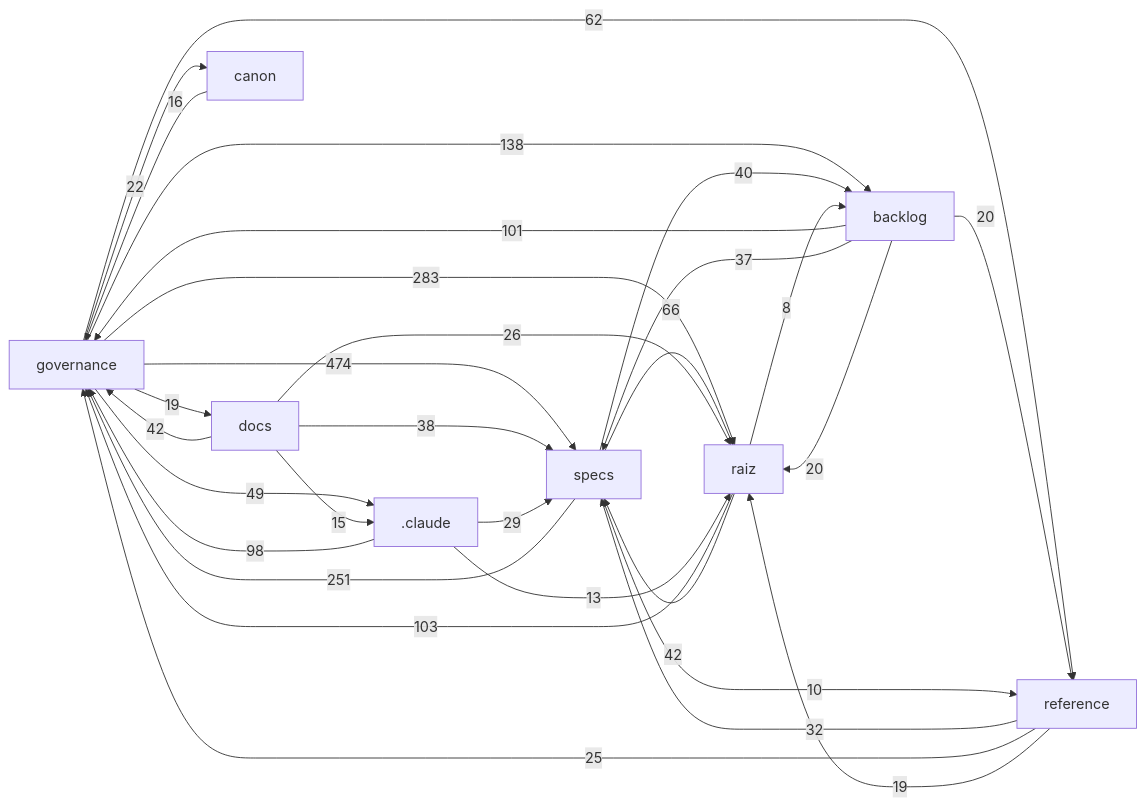
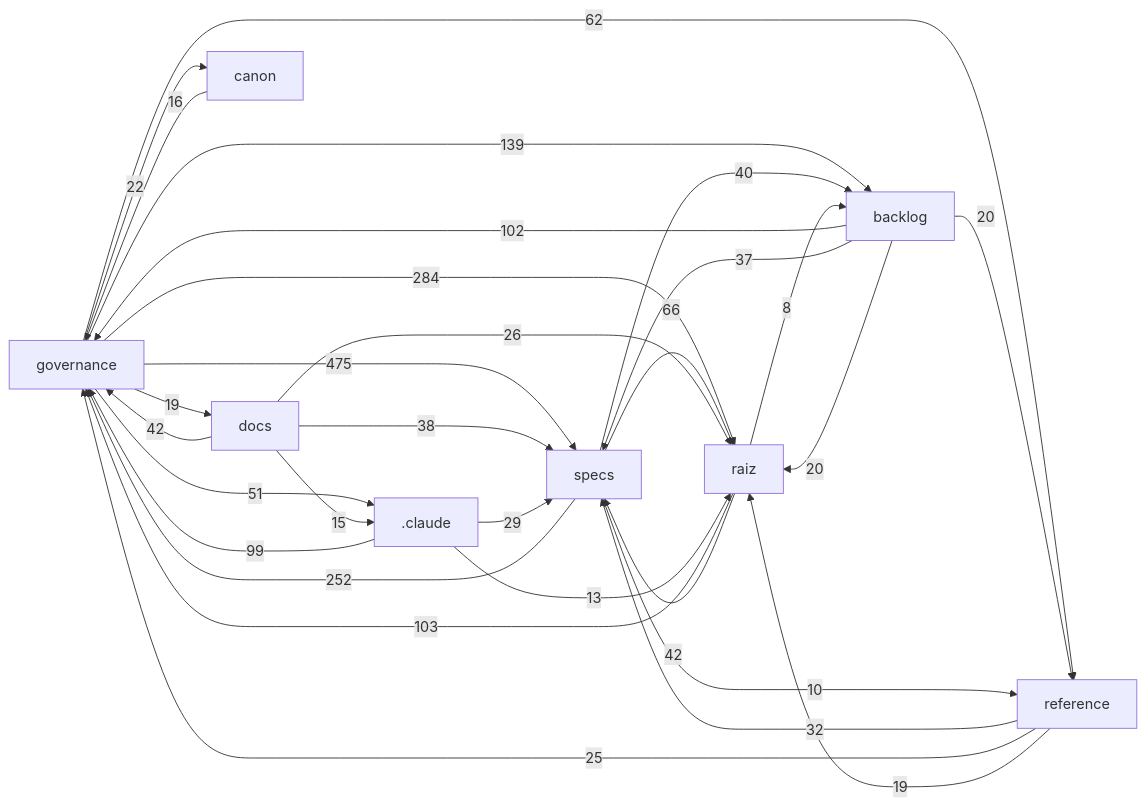
The diagram in docs/mapa/MAPA-PROJETO.md (Andraus35/Sistema-Operacional-de-Trading--SOT), drawn with Mermaid before and after one commit. The commit also changed other lines of this file and 14 other files, not shown here.

````diff
--- a/docs/mapa/MAPA-PROJETO.md
+++ b/docs/mapa/MAPA-PROJETO.md
@@ -29,32 +29,32 @@
 ```mermaid
 flowchart LR
-  governance["governance"] -->|474| specs["specs"]
-  governance["governance"] -->|283| raiz["raiz"]
-  specs["specs"] -->|251| governance["governance"]
-  governance["governance"] -->|138| backlog["backlog"]
+  governance["governance"] -->|475| specs["specs"]
+  governance["governance"] -->|284| raiz["raiz"]
+  specs["specs"] -->|252| governance["governance"]
+  governance["governance"] -->|139| backlog["backlog"]
   raiz["raiz"] -->|103| governance["governance"]
-  backlog["backlog"] -->|101| governance["governance"]
-  _claude[".claude"] -->|98| governance["governance"]
+  backlog["backlog"] -->|102| governance["governance"]
+  _claude[".claude"] -->|99| governance["governance"]
   specs["specs"] -->|66| raiz["raiz"]
   governance["governance"] -->|62| reference["reference"]
-  governance["governance"] -->|49| _claude[".claude"]
+  governance["governance"] -->|51| _claude[".claude"]
   raiz["raiz"] -->|42| specs["specs"]
   docs["docs"] -->|42| governance["governance"]
   specs["specs"] -->|40| backlog["backlog"]
   docs["docs"] -->|38| specs["specs"]
   backlog["backlog"] -->|37| specs["specs"]
   reference["reference"] -->|32| specs["specs"]
   _claude[".claude"] -->|29| specs["specs"]
   docs["docs"] -->|26| raiz["raiz"]
   reference["reference"] -->|25| governance["governance"]
   governance["governance"] -->|22| canon["canon"]
   backlog["backlog"] -->|20| raiz["raiz"]
   backlog["backlog"] -->|20| reference["reference"]
   governance["governance"] -->|19| docs["docs"]
   reference["reference"] -->|19| raiz["raiz"]
   canon["canon"] -->|16| governance["governance"]
   docs["docs"] -->|15| _claude[".claude"]
   _claude[".claude"] -->|13| raiz["raiz"]
   specs["specs"] -->|10| reference["reference"]
   raiz["raiz"] -->|8| backlog["backlog"]
 ```
````
